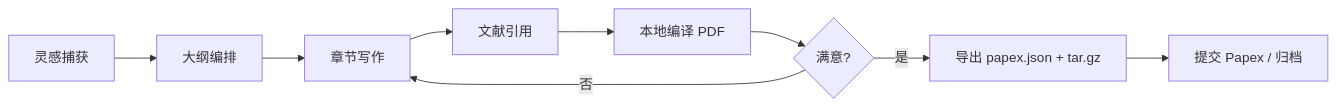
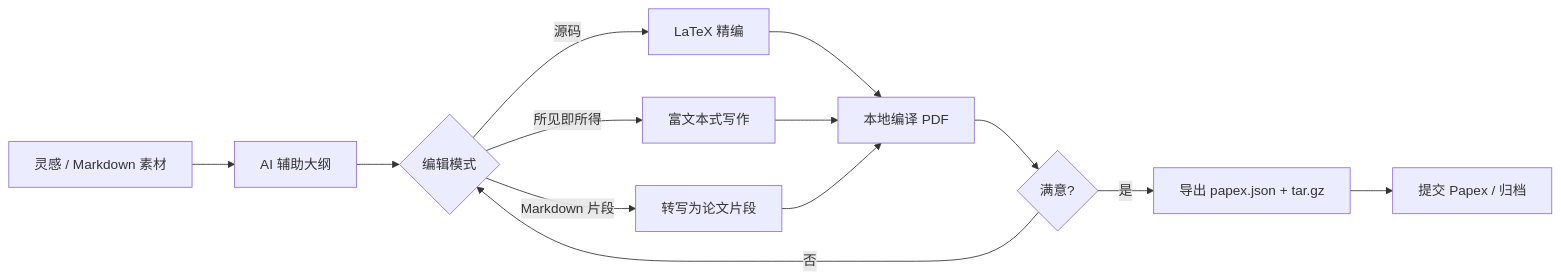
Before and after one commit to Maicarons/papex-writer: the first of 2 diagrams in PROJECT_PLAN.md, drawn with Mermaid. The commit also changed other lines of this file and 66 other files, not shown here.

````diff
--- a/PROJECT_PLAN.md
+++ b/PROJECT_PLAN.md
@@ -69,11 +77,15 @@
 ```mermaid
 flowchart LR
-  A[灵感捕获] --> B[大纲编排]
-  B --> C[章节写作]
-  C --> D[文献引用]
-  D --> E[本地编译 PDF]
-  E --> F{满意?}
-  F -->|否| C
-  F -->|是| G[导出 papex.json + tar.gz]
-  G --> H[提交 Papex / 归档]
+  A[灵感 / Markdown 素材] --> B[AI 辅助大纲]
+  B --> C{编辑模式}
+  C -->|源码| D[LaTeX 精编]
+  C -->|所见即所得| E[富文本式写作]
+  C -->|Markdown 片段| F[转写为论文片段]
+  D --> G[本地编译 PDF]
+  E --> G
+  F --> G
+  G --> H{满意?}
+  H -->|否| C
+  H -->|是| I[导出 papex.json + tar.gz]
+  I --> J[提交 Papex / 归档]
 ```
````
